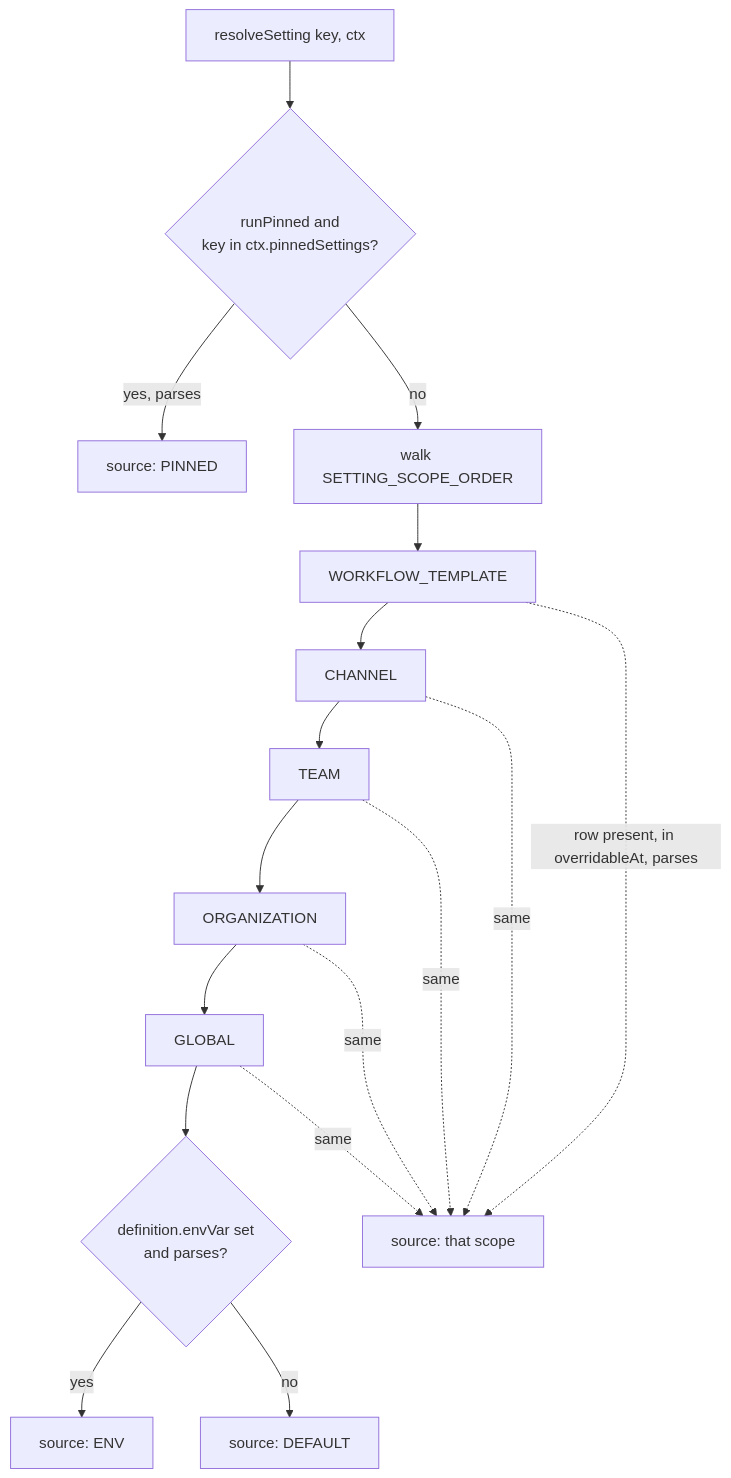
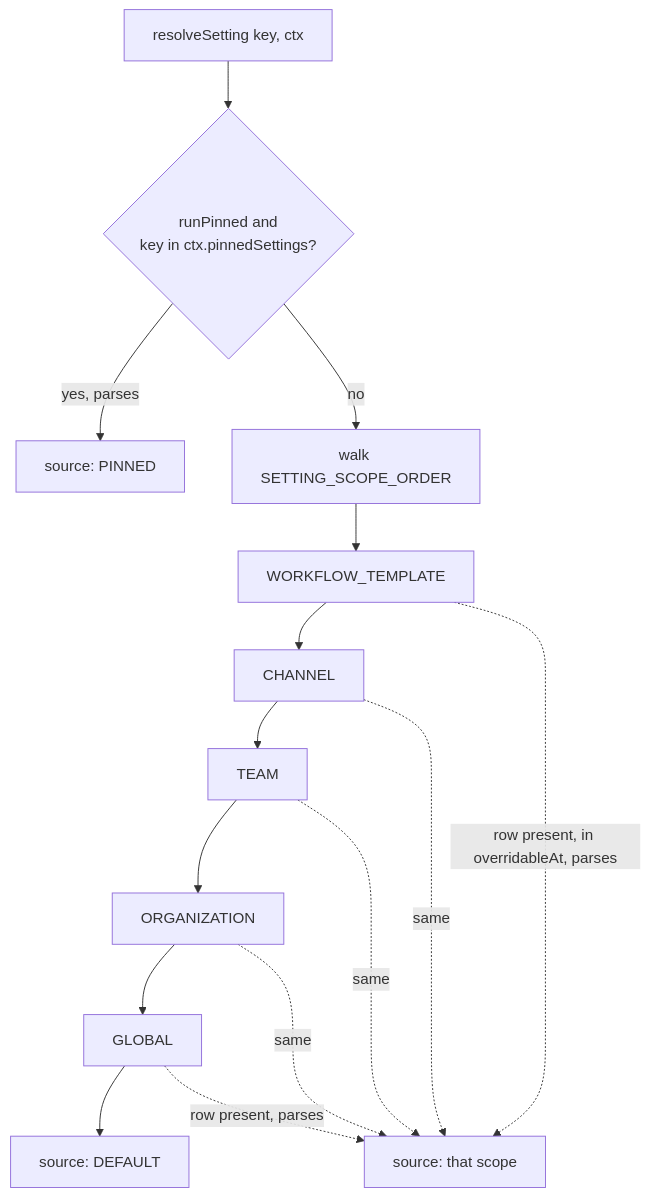
The first of 2 diagrams in wiki/2.3-configuration-and-settings.md (yorch/auto-swe), drawn with Mermaid before and after one commit. The commit also changed other lines of this file and 28 other files, not shown here.

````diff
--- a/wiki/2.3-configuration-and-settings.md
+++ b/wiki/2.3-configuration-and-settings.md
@@ -54,19 +82,17 @@
 ```mermaid
 flowchart TD
     Start[resolveSetting key, ctx] --> Pinned{runPinned and<br/>key in ctx.pinnedSettings?}
     Pinned -- yes, parses --> PinnedOut[source: PINNED]
     Pinned -- no --> Cascade[walk SETTING_SCOPE_ORDER]
     Cascade --> WT[WORKFLOW_TEMPLATE]
     WT --> CH[CHANNEL]
     CH --> TEAM[TEAM]
     TEAM --> ORG[ORGANIZATION]
     ORG --> GLOBAL[GLOBAL]
-    GLOBAL --> Env{definition.envVar set<br/>and parses?}
-    Env -- yes --> EnvOut[source: ENV]
-    Env -- no --> Default[source: DEFAULT]
+    GLOBAL --> Default[source: DEFAULT]
     WT -. row present, in overridableAt, parses .-> ScopeOut[source: that scope]
     CH -. same .-> ScopeOut
     TEAM -. same .-> ScopeOut
     ORG -. same .-> ScopeOut
-    GLOBAL -. same .-> ScopeOut
+    GLOBAL -. row present, parses .-> ScopeOut
 ```
````
